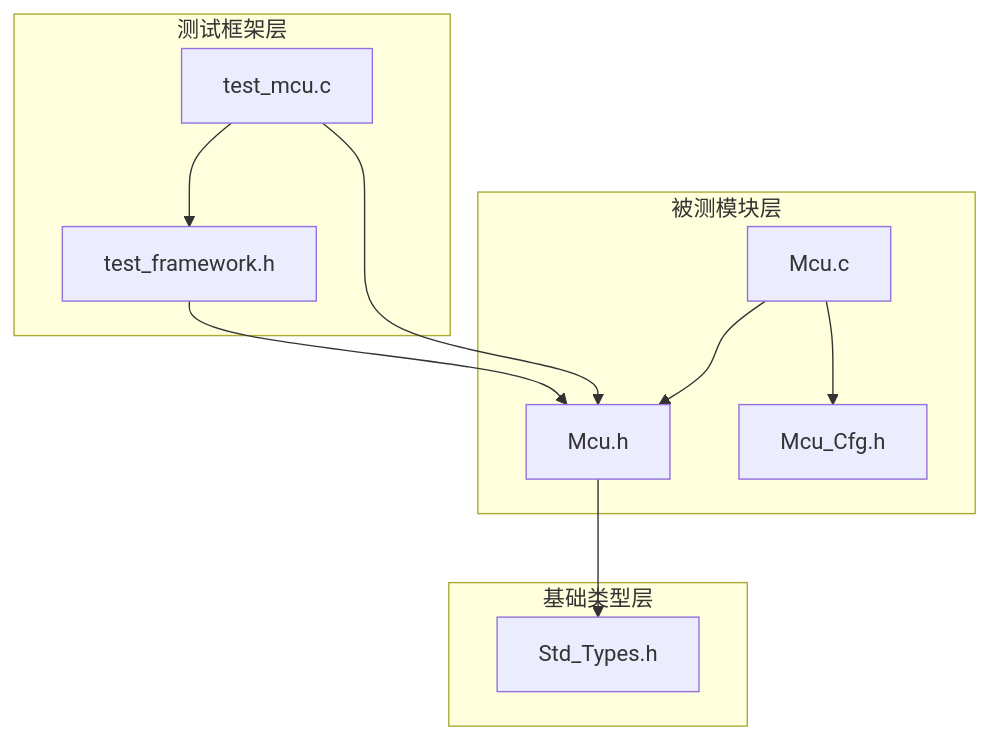
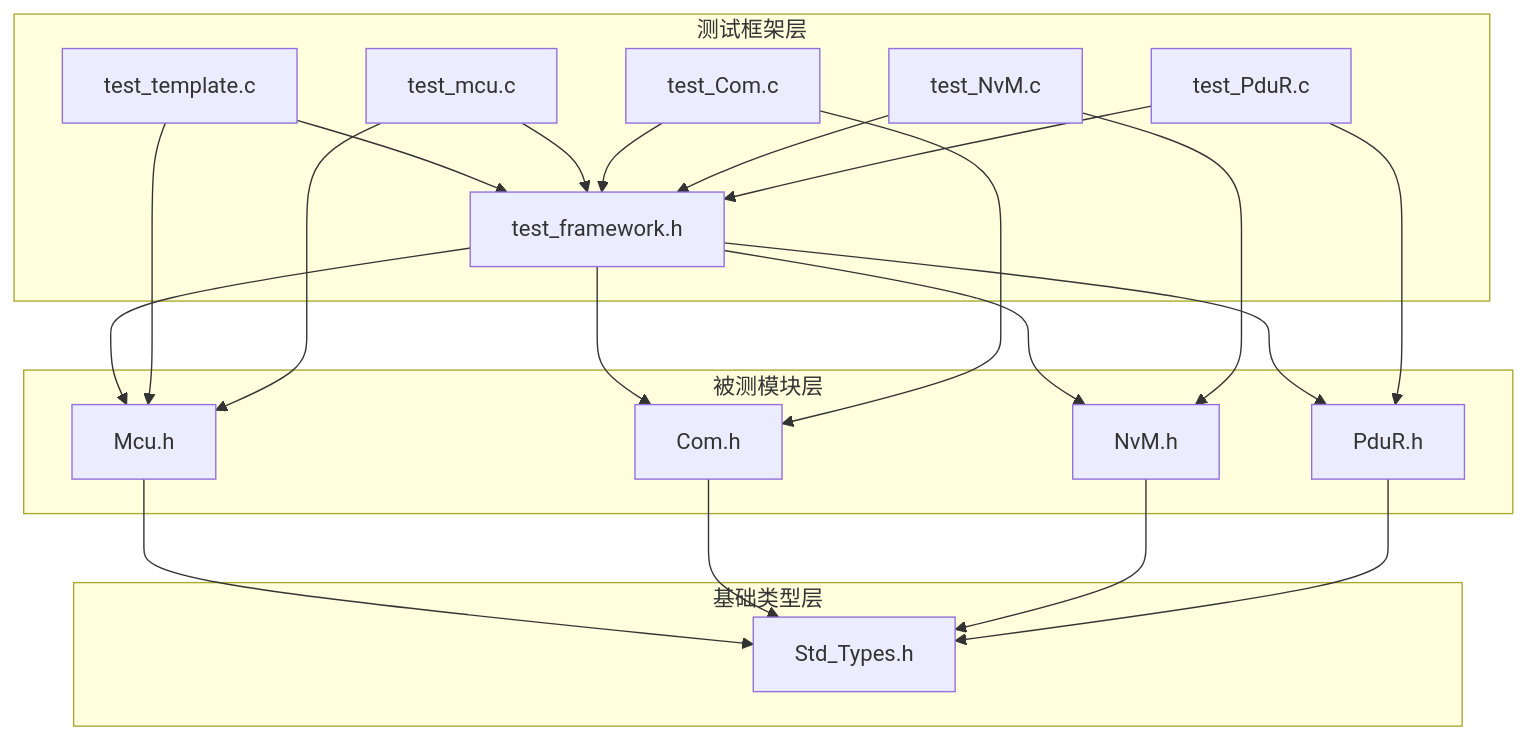
Diagram 12 of 12 in .qoder/repowiki/zh/content/测试策略/单元测试框架.md (frisky1985/yuleASR), drawn with Mermaid before and after one commit. The commit also changed other lines of this file and 12 other files, not shown here.

````diff
--- a/.qoder/repowiki/zh/content/测试策略/单元测试框架.md
+++ b/.qoder/repowiki/zh/content/测试策略/单元测试框架.md
@@ -254,21 +495,38 @@
 ```mermaid
 graph TB
 subgraph "测试框架层"
 TF[test_framework.h]
+TT[test_template.c]
 TM[test_mcu.c]
+TC[test_Com.c]
+TN[test_NvM.c]
+TP[test_PduR.c]
 end
 subgraph "被测模块层"
 MH[Mcu.h]
-MC[Mcu.c]
-MCFG[Mcu_Cfg.h]
+CH[Com.h]
+NH[NvM.h]
+PH[PduR.h]
 end
 subgraph "基础类型层"
 ST[Std_Types.h]
 end
 TF --> MH
+TF --> CH
+TF --> NH
+TF --> PH
+TT --> TF
+TT --> MH
 TM --> TF
 TM --> MH
+TC --> TF
+TC --> CH
+TN --> TF
+TN --> NH
+TP --> TF
+TP --> PH
 MH --> ST
-MC --> MH
-MC --> MCFG
+CH --> ST
+NH --> ST
+PH --> ST
 ```
````
